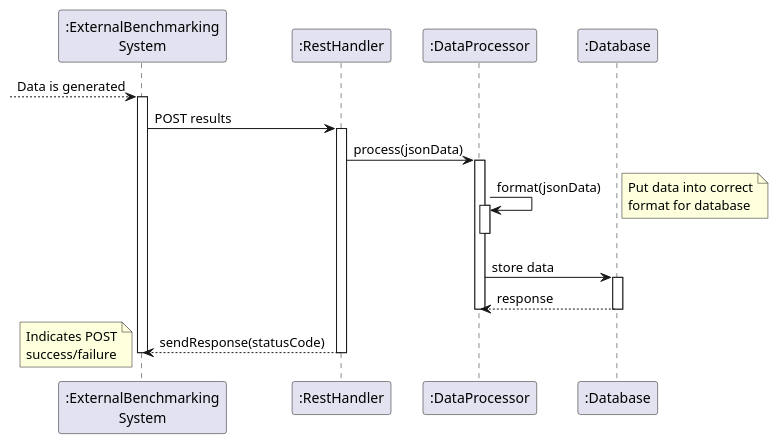
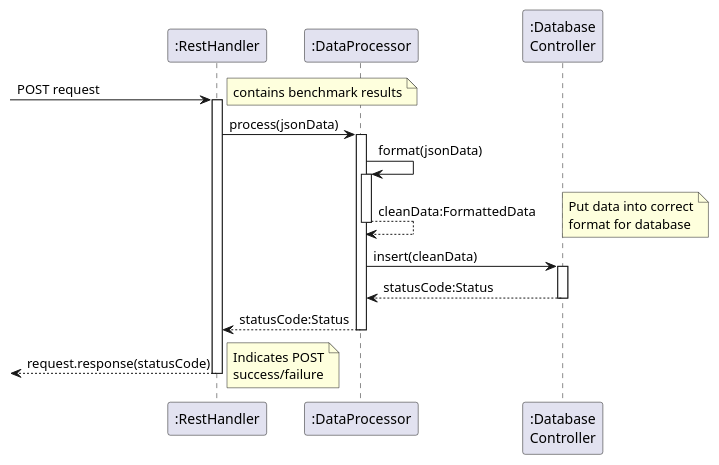
Before and after one commit to pse-parkview/Parkview: the diagram in Design/plantuml/FR4.puml, drawn with PlantUML.

Commit message:
Removes external benchmarking system and adjusts other actions accordingly

```diff
--- a/Design/plantuml/FR4.puml
+++ b/Design/plantuml/FR4.puml
@@ -1,30 +1,26 @@
 @startuml fr4
 
 skinparam responseMessageBelowArrow true
 
-participant ":ExternalBenchmarking\nSystem" as ebs
 participant ":RestHandler" as rh
 participant ":DataProcessor" as dp
-participant ":Database" as db
+participant ":Database\nController" as db
 
---> ebs ++: Data is generated
 
-ebs -> rh ++: POST results
+-> rh ++: POST request
+note left: contains benchmark results
 
 rh -> dp ++: process(jsonData)
 dp -> dp ++: format(jsonData)
+dp --> dp --: cleanData:FormattedData
 
 note right: Put data into correct\nformat for database
-deactivate dp
 
-dp -> db ++: store data
-db -->dp --: response
+dp -> db ++: insert(cleanData)
+db --> dp --: statusCode:Status
+dp --> rh --: statusCode:Status
 
-deactivate dp
-
-rh --> ebs --: sendResponse(statusCode)
+<-- rh --: request.response(statusCode)
 note left: Indicates POST\nsuccess/failure
 
-deactivate ebs
-
 @enduml
```
